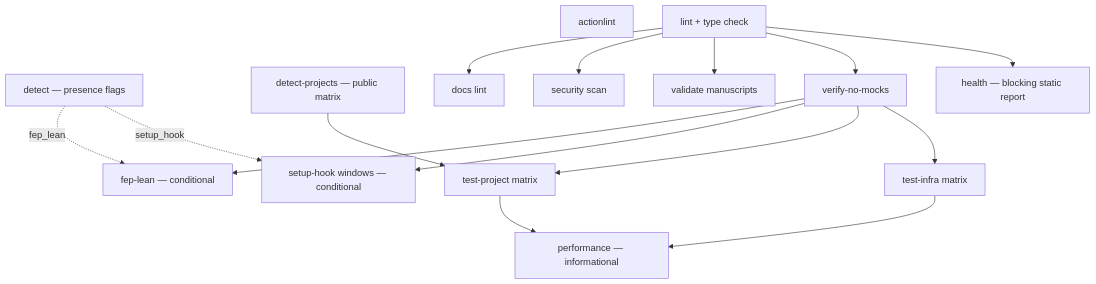
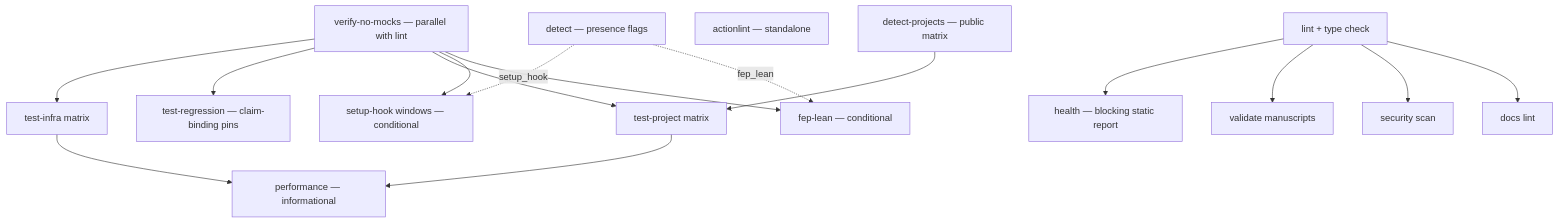
One commit to docxology/template changed the eighth of 8 diagrams in .github/README.md. Above: the diagram before and after it, drawn with Mermaid. The commit also changed other lines of this file and 4 other files, not shown here.

First line of the commit message:
docs(github): fix stale counts, Node version, verify-no-mocks dependency, mermaid accuracy

````diff
--- a/.github/README.md
+++ b/.github/README.md
@@ -891,31 +891,32 @@
 ```mermaid
 flowchart TB
     D[detect — presence flags]
     DP[detect-projects — public matrix]
-    AL[actionlint]
+    AL[actionlint — standalone]
     L[lint + type check]
     H[health — blocking static report]
-    VNM[verify-no-mocks]
+    VNM[verify-no-mocks — parallel with lint]
     SH[setup-hook windows — conditional]
     TI[test-infra matrix]
+    TR[test-regression — claim-binding pins]
     TP[test-project matrix]
     FL[fep-lean — conditional]
     VM[validate manuscripts]
     SS[security scan]
     DL[docs lint]
     PC[performance — informational]
     L --> H
-    L --> VNM
     L --> VM
     L --> SS
     L --> DL
     VNM --> TI
+    VNM --> TR
     VNM --> TP
     VNM --> SH
     VNM --> FL
     D -. setup_hook .-> SH
     D -. fep_lean .-> FL
     DP --> TP
     TI --> PC
     TP --> PC
 ```
````
